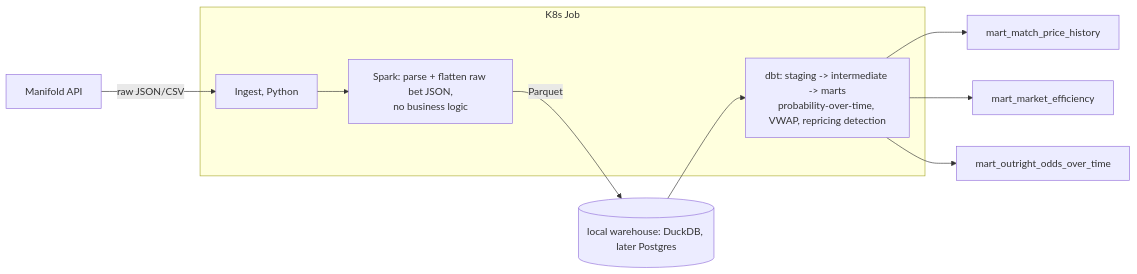
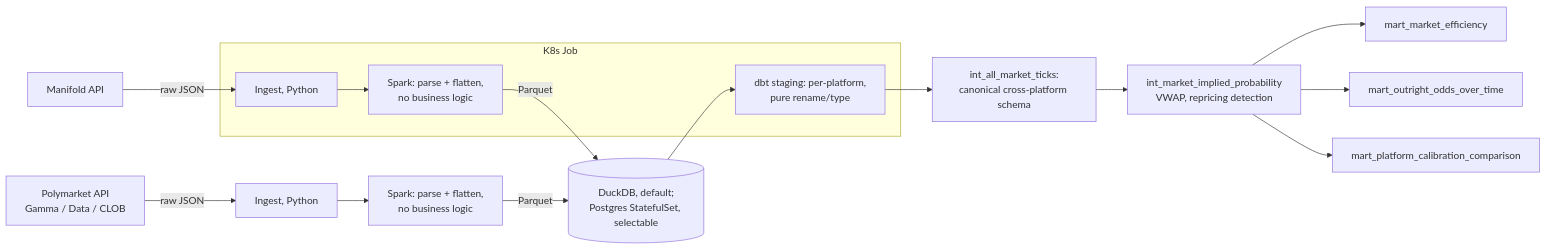
Before and after one commit to jburmistrova/worldcup-manifold-pipeline: the diagram in README.md, drawn with Mermaid. The commit also changed other lines of this file and 13 other files, not shown here.

````diff
--- a/README.md
+++ b/README.md
@@ -22,16 +24,21 @@
 ```mermaid
 flowchart LR
-    A[Manifold API] -->|raw JSON/CSV| B[Ingest, Python]
-    B --> C[Spark: parse + flatten raw bet JSON,<br/>no business logic]
-    C -->|Parquet| D[(local warehouse: DuckDB, later Postgres)]
-    D --> E[dbt: staging -> intermediate -> marts<br/>probability-over-time, VWAP, repricing detection]
-    E --> F[mart_match_price_history]
-    E --> G[mart_market_efficiency]
-    E --> H[mart_outright_odds_over_time]
+    A[Manifold API] -->|raw JSON| B[Ingest, Python]
+    A2[Polymarket API<br/>Gamma / Data / CLOB] -->|raw JSON| B2[Ingest, Python]
+    B --> C[Spark: parse + flatten,<br/>no business logic]
+    B2 --> C2[Spark: parse + flatten,<br/>no business logic]
+    C -->|Parquet| D[(DuckDB, default;<br/>Postgres StatefulSet, selectable)]
+    C2 -->|Parquet| D
+    D --> E[dbt staging: per-platform,<br/>pure rename/type]
+    E --> F[int_all_market_ticks:<br/>canonical cross-platform schema]
+    F --> G[int_market_implied_probability<br/>VWAP, repricing detection]
+    G --> H[mart_market_efficiency]
+    G --> I[mart_outright_odds_over_time]
+    G --> J[mart_platform_calibration_comparison]
 
     subgraph K8s Job
     B
     C
     E
     end
 ```
````
